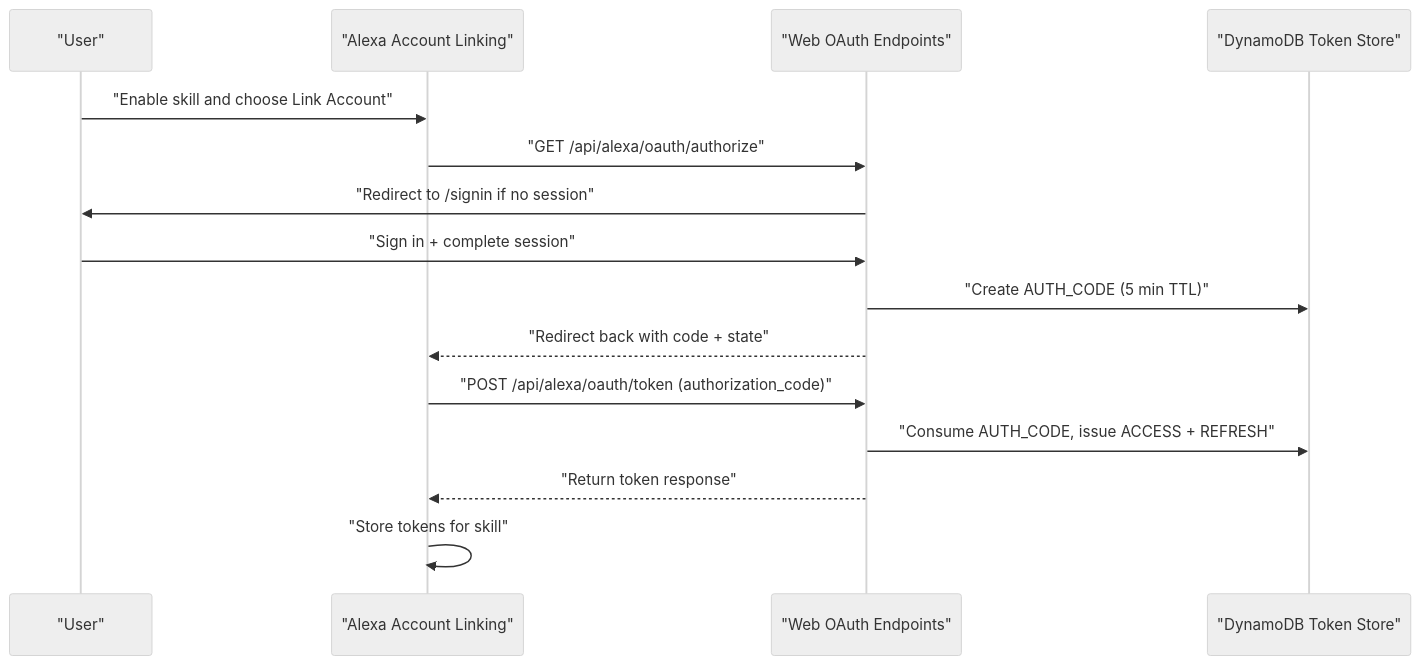
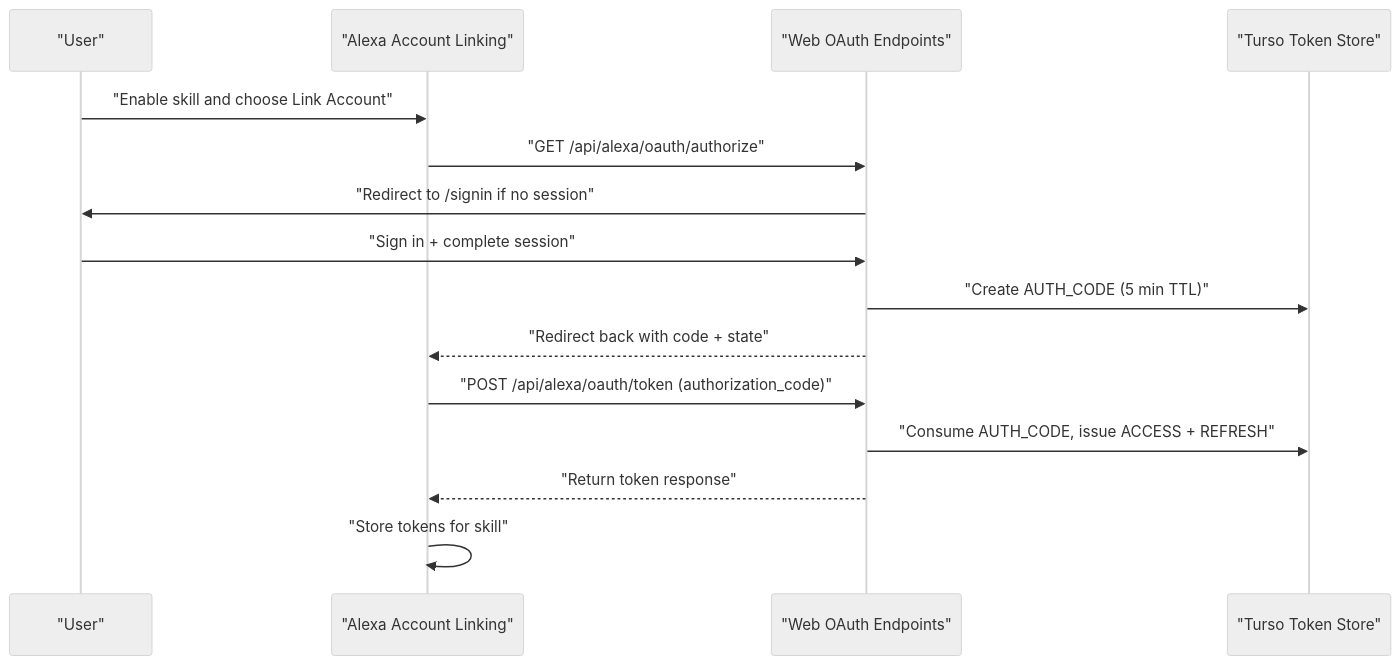
Before and after one commit to Subhajit-Roy-Partho/Alexa-Email-Reader: the second of 2 diagrams in README.md, drawn with Mermaid (neutral theme). The commit also changed other lines of this file and 21 other files, not shown here.

````diff
--- a/README.md
+++ b/README.md
@@ -117,18 +119,18 @@
 ```mermaid
 sequenceDiagram
     participant User as "User"
     participant Alexa as "Alexa Account Linking"
     participant Web as "Web OAuth Endpoints"
-    participant Store as "DynamoDB Token Store"
+    participant Store as "Turso Token Store"
 
     User->>Alexa: "Enable skill and choose Link Account"
     Alexa->>Web: "GET /api/alexa/oauth/authorize"
     Web->>User: "Redirect to /signin if no session"
     User->>Web: "Sign in + complete session"
     Web->>Store: "Create AUTH_CODE (5 min TTL)"
     Web-->>Alexa: "Redirect back with code + state"
     Alexa->>Web: "POST /api/alexa/oauth/token (authorization_code)"
     Web->>Store: "Consume AUTH_CODE, issue ACCESS + REFRESH"
     Web-->>Alexa: "Return token response"
     Alexa->>Alexa: "Store tokens for skill"
 ```
````
